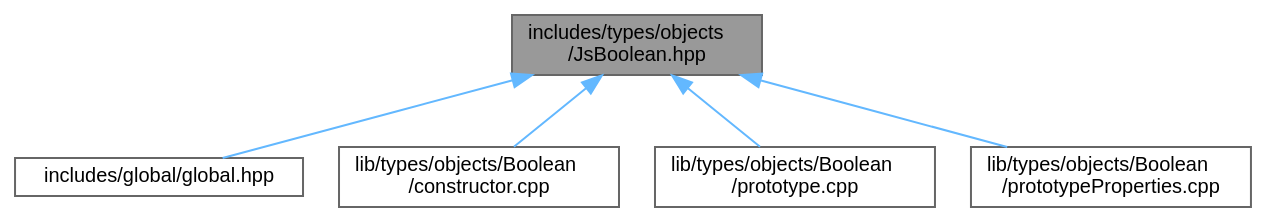
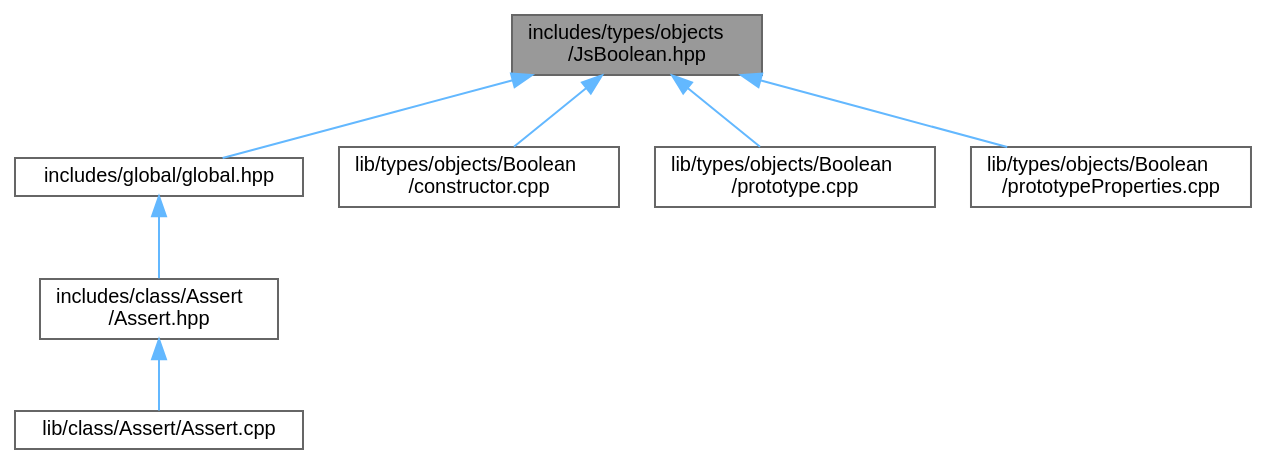
The diagram in JsBoolean_8hpp__dep__incl.dot (JS-CMP/JS-CMP), drawn with Graphviz before and after one commit. The commit also changed 269 other files, not shown here.

```diff
--- a/JsBoolean_8hpp__dep__incl.dot
+++ b/JsBoolean_8hpp__dep__incl.dot
@@ -1,16 +1,20 @@
 digraph "includes/types/objects/JsBoolean.hpp"
 {
  // LATEX_PDF_SIZE
   bgcolor="transparent";
   edge [fontname=Helvetica,fontsize=10,labelfontname=Helvetica,labelfontsize=10];
   node [fontname=Helvetica,fontsize=10,shape=box,height=0.2,width=0.4];
   Node1 [id="Node000001",label="includes/types/objects\l/JsBoolean.hpp",height=0.2,width=0.4,color="gray40", fillcolor="grey60", style="filled", fontcolor="black",tooltip=" "];
   Node1 -> Node2 [id="edge1_Node000001_Node000002",dir="back",color="steelblue1",style="solid",tooltip=" "];
   Node2 [id="Node000002",label="includes/global/global.hpp",height=0.2,width=0.4,color="grey40", fillcolor="white", style="filled",URL="$global_8hpp.html",tooltip=" "];
-  Node1 -> Node3 [id="edge2_Node000001_Node000003",dir="back",color="steelblue1",style="solid",tooltip=" "];
-  Node3 [id="Node000003",label="lib/types/objects/Boolean\l/constructor.cpp",height=0.2,width=0.4,color="grey40", fillcolor="white", style="filled",URL="$types_2objects_2Boolean_2constructor_8cpp.html",tooltip=" "];
-  Node1 -> Node4 [id="edge3_Node000001_Node000004",dir="back",color="steelblue1",style="solid",tooltip=" "];
-  Node4 [id="Node000004",label="lib/types/objects/Boolean\l/prototype.cpp",height=0.2,width=0.4,color="grey40", fillcolor="white", style="filled",URL="$Boolean_2prototype_8cpp.html",tooltip=" "];
+  Node2 -> Node3 [id="edge2_Node000002_Node000003",dir="back",color="steelblue1",style="solid",tooltip=" "];
+  Node3 [id="Node000003",label="includes/class/Assert\l/Assert.hpp",height=0.2,width=0.4,color="grey40", fillcolor="white", style="filled",URL="$Assert_8hpp.html",tooltip=" "];
+  Node3 -> Node4 [id="edge3_Node000003_Node000004",dir="back",color="steelblue1",style="solid",tooltip=" "];
+  Node4 [id="Node000004",label="lib/class/Assert/Assert.cpp",height=0.2,width=0.4,color="grey40", fillcolor="white", style="filled",URL="$Assert_8cpp.html",tooltip=" "];
   Node1 -> Node5 [id="edge4_Node000001_Node000005",dir="back",color="steelblue1",style="solid",tooltip=" "];
-  Node5 [id="Node000005",label="lib/types/objects/Boolean\l/prototypeProperties.cpp",height=0.2,width=0.4,color="grey40", fillcolor="white", style="filled",URL="$Boolean_2prototypeProperties_8cpp.html",tooltip=" "];
+  Node5 [id="Node000005",label="lib/types/objects/Boolean\l/constructor.cpp",height=0.2,width=0.4,color="grey40", fillcolor="white", style="filled",URL="$types_2objects_2Boolean_2constructor_8cpp.html",tooltip=" "];
+  Node1 -> Node6 [id="edge5_Node000001_Node000006",dir="back",color="steelblue1",style="solid",tooltip=" "];
+  Node6 [id="Node000006",label="lib/types/objects/Boolean\l/prototype.cpp",height=0.2,width=0.4,color="grey40", fillcolor="white", style="filled",URL="$Boolean_2prototype_8cpp.html",tooltip=" "];
+  Node1 -> Node7 [id="edge6_Node000001_Node000007",dir="back",color="steelblue1",style="solid",tooltip=" "];
+  Node7 [id="Node000007",label="lib/types/objects/Boolean\l/prototypeProperties.cpp",height=0.2,width=0.4,color="grey40", fillcolor="white", style="filled",URL="$Boolean_2prototypeProperties_8cpp.html",tooltip=" "];
 }
```
